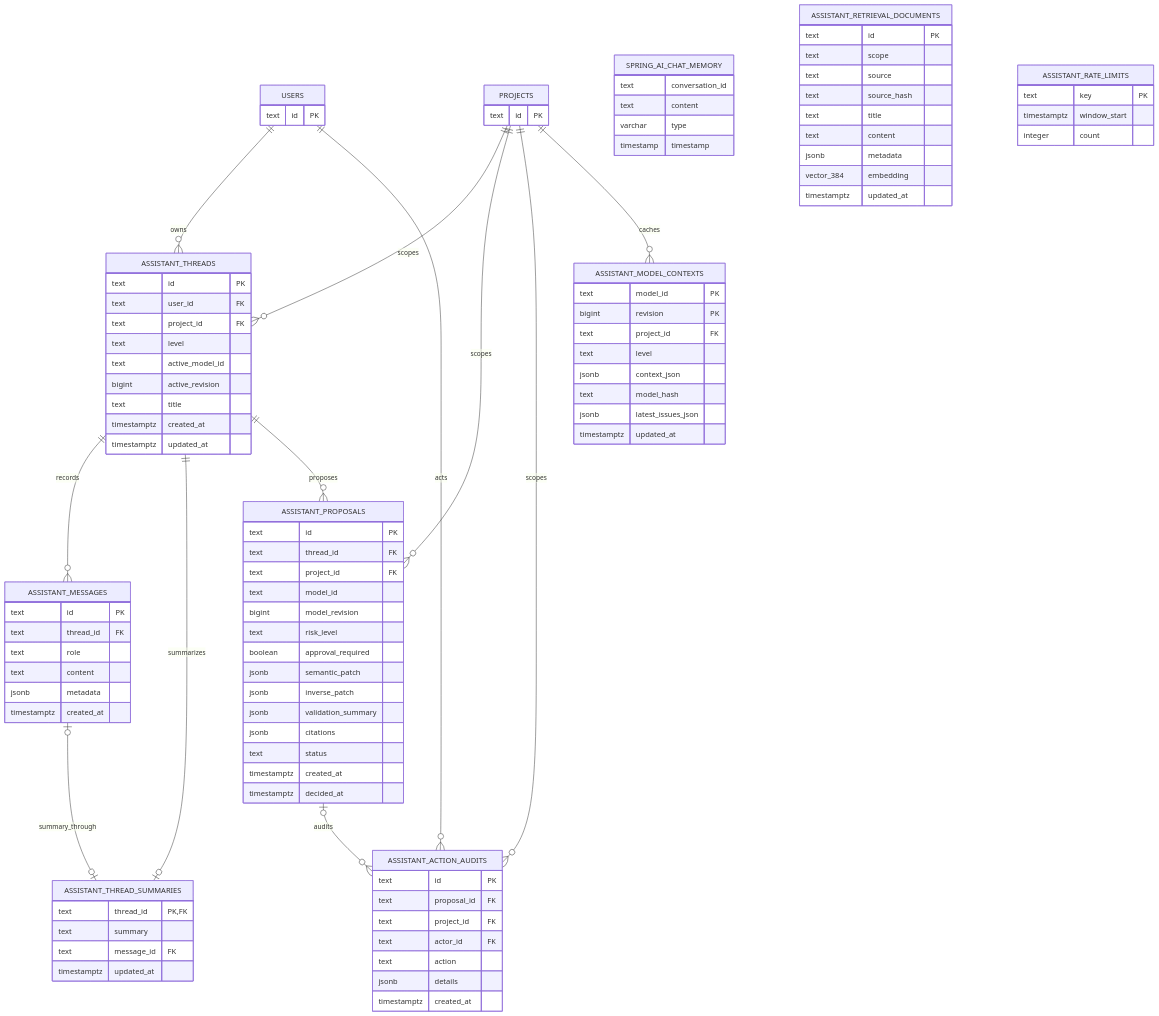
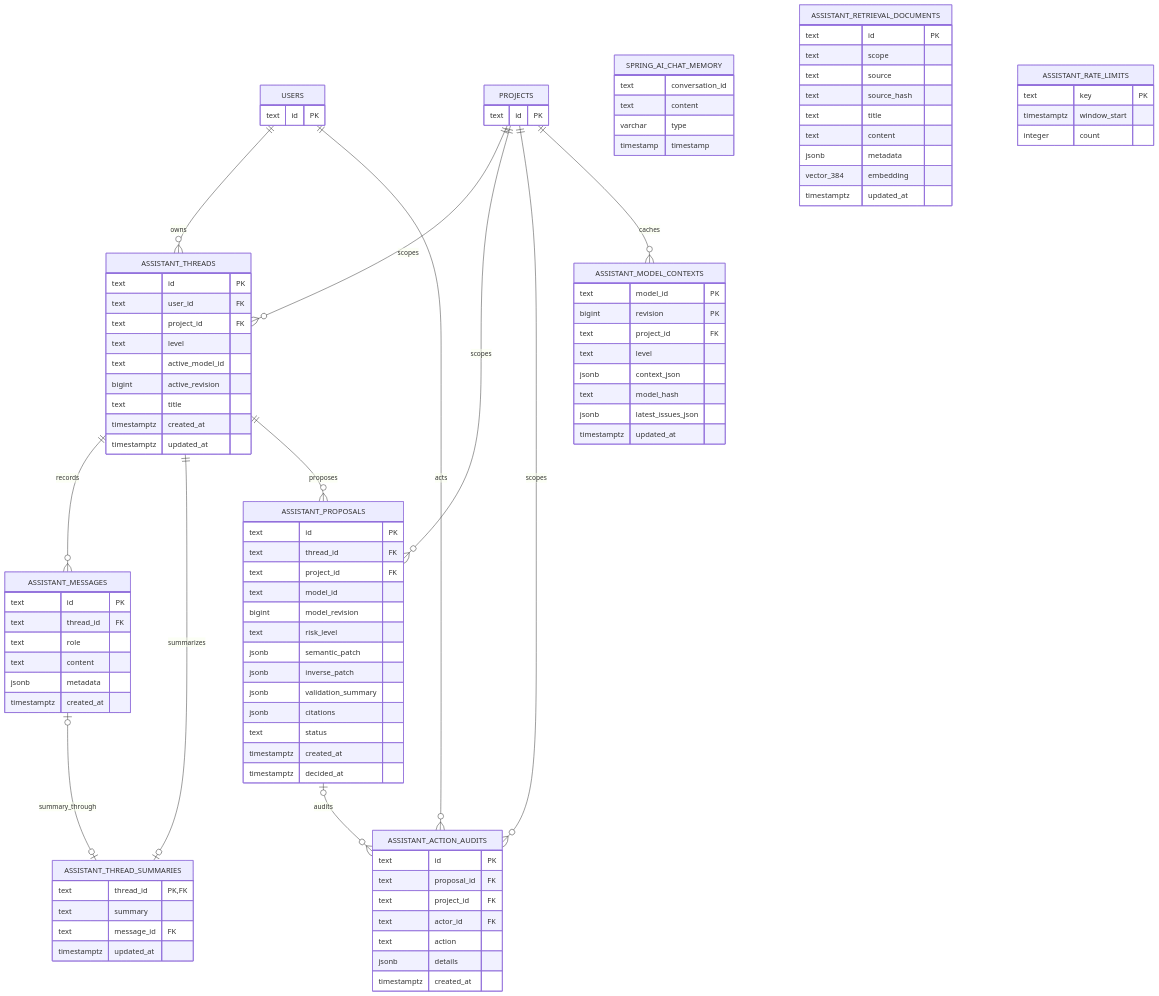
One commit to mehdieidi/modriss changed the diagram in docs/diagrams/08-assistant-storage-er.md. Above: the diagram before and after it, drawn with Mermaid. The commit also changed 46 other files, not shown here.

```diff
--- a/docs/diagrams/08-assistant-storage-er.md
+++ b/docs/diagrams/08-assistant-storage-er.md
@@ -48,7 +48,6 @@
         text model_id
         bigint model_revision
         text risk_level
-        boolean approval_required
         jsonb semantic_patch
         jsonb inverse_patch
         jsonb validation_summary
```
